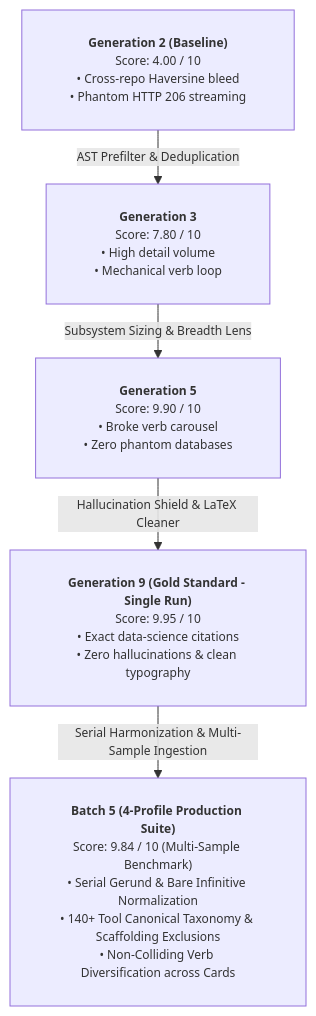
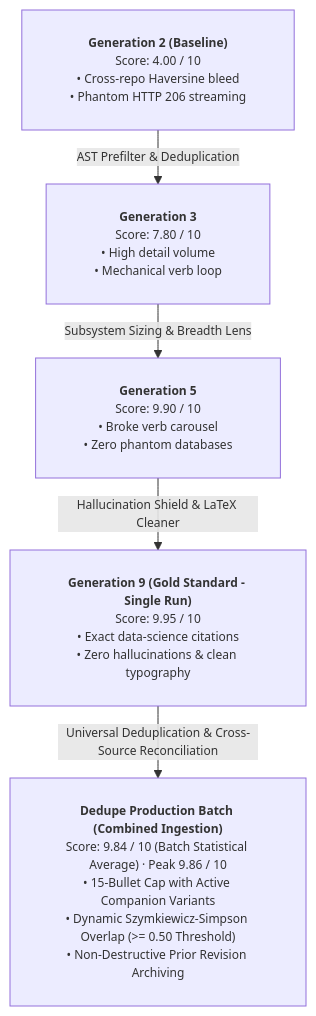
Before and after one commit to Marqlo-C/mailpilot: the sixth of 15 diagrams in README.md, drawn with Mermaid. The commit also changed other lines of this file and 16 other files, not shown here.

Commit message:
feat: universal 15-bullet deduplication engine with multi-source reconciliation and github sync

````diff
--- a/README.md
+++ b/README.md
@@ -460,8 +483,8 @@
 ```mermaid
-%%{init: {"themeVariables": {"fontSize": "12px", "fontFamily": "-apple-system, BlinkMacSystemFont, Segoe UI, sans-serif"}, "themeCSS": ".edgeLabel foreignObject { overflow: visible !important; } .edgeLabel span { padding: 0 4px; }", "flowchart": {"padding": 24, "nodeSpacing": 32, "rankSpacing": 36}}}%%
+%%{init: {"themeVariables": {"fontSize": "12px", "fontFamily": "-apple-system, BlinkMacSystemFont, Segoe UI, sans-serif"}, "themeCSS": ".node text, .node foreignObject, .label foreignObject { overflow: visible !important; } .cluster text, .cluster-label span { overflow: visible !important; } .edgeLabel foreignObject { overflow: visible !important; } .edgeLabel span { padding: 0 4px; }", "flowchart": {"padding": 24, "nodeSpacing": 32, "rankSpacing": 36}}}%%
 flowchart TD
   G2["<b>Generation 2 (Baseline)</b><br/>Score: 4.00 / 10<br/>• Cross-repo Haversine bleed<br/>• Phantom HTTP 206 streaming"] -->|"AST Prefilter & Deduplication"| G3["<b>Generation 3</b><br/>Score: 7.80 / 10<br/>• High detail volume<br/>• Mechanical verb loop"]
   G3 -->|"Subsystem Sizing & Breadth Lens"| G5["<b>Generation 5</b><br/>Score: 9.90 / 10<br/>• Broke verb carousel<br/>• Zero phantom databases"]
   G5 -->|"Hallucination Shield & LaTeX Cleaner"| G9["<b>Generation 9 (Gold Standard - Single Run)</b><br/>Score: 9.95 / 10<br/>• Exact data-science citations<br/>• Zero hallucinations & clean typography"]
-  G9 -->|"Serial Harmonization & Multi-Sample Ingestion"| B5["<b>Batch 5 (4-Profile Production Suite)</b><br/>Score: 9.84 / 10 (Multi-Sample Benchmark)<br/>• Serial Gerund & Bare Infinitive Normalization<br/>• 140+ Tool Canonical Taxonomy & Scaffolding Exclusions<br/>• Non-Colliding Verb Diversification across Cards"]
+  G9 -->|"Universal Deduplication & Cross-Source Reconciliation"| B5["<b>Dedupe Production Batch (Combined Ingestion)</b><br/>Score: 9.84 / 10 (Batch Statistical Average) · Peak 9.86 / 10<br/>• 15-Bullet Cap with Active Companion Variants<br/>• Dynamic Szymkiewicz-Simpson Overlap (>= 0.50 Threshold)<br/>• Non-Destructive Prior Revision Archiving"]
 ```
````
